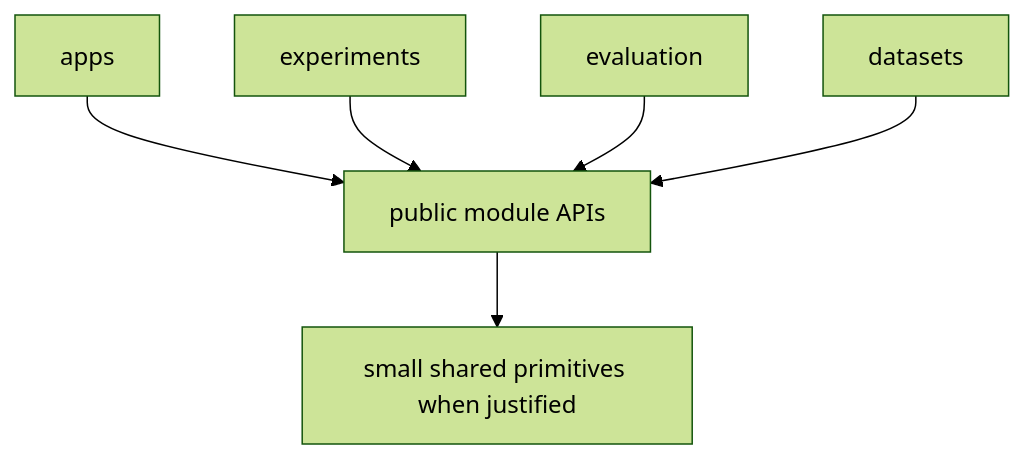
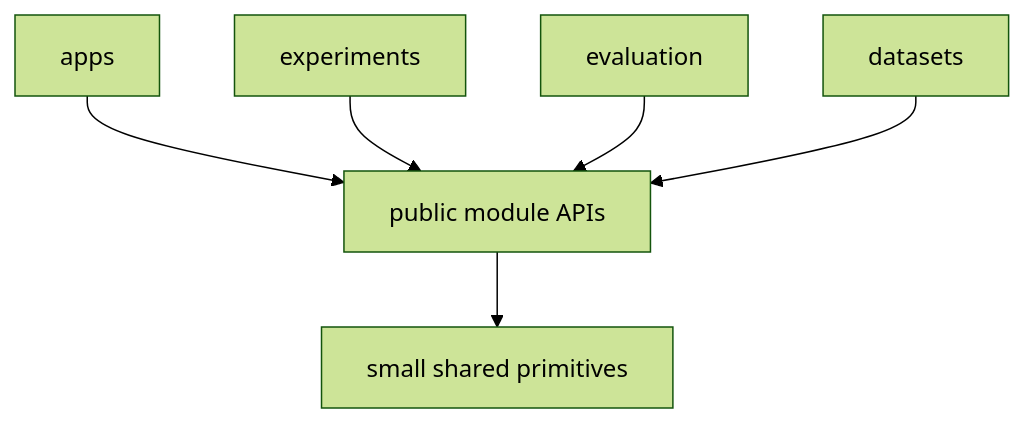
One commit to Alexandre-Tortoza/contextual-3d-mapping changed the first of 2 diagrams in docs/architecture.md. Above: the diagram before and after it, drawn with Mermaid (forest theme). The commit also changed other lines of this file, not shown here.

Commit message:
docs: describe target architecture directly

````diff
--- a/docs/architecture.md
+++ b/docs/architecture.md
@@ -115,9 +101,9 @@
 ```mermaid
 flowchart TD
     Apps[apps] --> PublicAPIs[public module APIs]
     Experiments[experiments] --> PublicAPIs
     Evaluation[evaluation] --> PublicAPIs
     Datasets[datasets] --> PublicAPIs
 
-    PublicAPIs --> Shared[small shared primitives when justified]
+    PublicAPIs --> Shared[small shared primitives]
 ```
````
